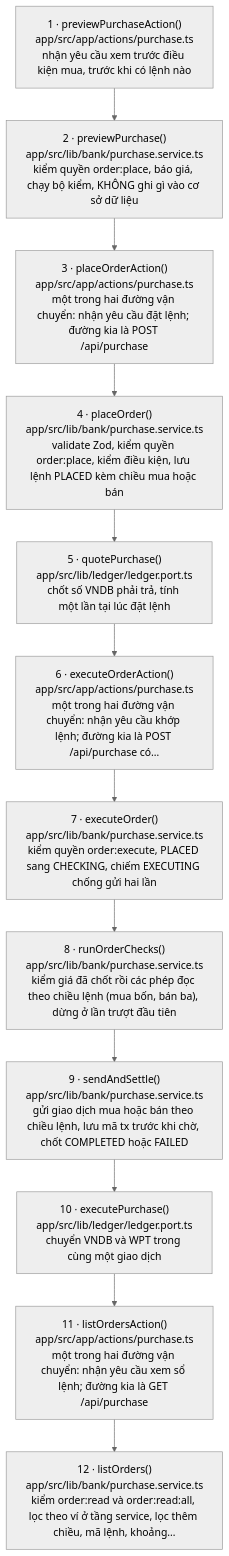
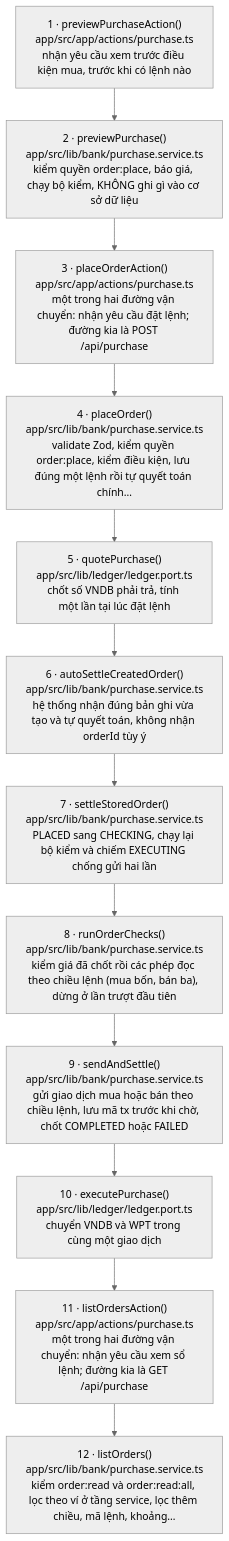
One commit to tuannino/bidv-rwa-tokenize changed the diagram in docs/flows/purchase.md. Above: the diagram before and after it, drawn with Mermaid (neutral theme). The commit also changed other lines of this file and 3 other files, not shown here.

Commit message:
docs(be-17): hướng dẫn theo luồng tự khớp, sinh lại sơ đồ purchase

````diff
--- a/docs/flows/purchase.md
+++ b/docs/flows/purchase.md
@@ -21,26 +21,26 @@
 ```mermaid
 flowchart TD
   s1["1 · previewPurchaseAction()<br/>app/src/app/actions/purchase.ts<br/>nhận yêu cầu xem trước điều kiện mua, trước khi có lệnh nào"]
   s2["2 · previewPurchase()<br/>app/src/lib/bank/purchase.service.ts<br/>kiểm quyền order:place, báo giá, chạy bộ kiểm, KHÔNG ghi gì vào cơ sở dữ liệu"]
   s3["3 · placeOrderAction()<br/>app/src/app/actions/purchase.ts<br/>một trong hai đường vận chuyển: nhận yêu cầu đặt lệnh; đường kia là POST /api/purchase"]
-  s4["4 · placeOrder()<br/>app/src/lib/bank/purchase.service.ts<br/>validate Zod, kiểm quyền order:place, kiểm điều kiện, lưu lệnh PLACED kèm chiều mua hoặc bán"]
+  s4["4 · placeOrder()<br/>app/src/lib/bank/purchase.service.ts<br/>validate Zod, kiểm quyền order:place, kiểm điều kiện, lưu đúng một lệnh rồi tự quyết toán chính…"]
   s5["5 · quotePurchase()<br/>app/src/lib/ledger/ledger.port.ts<br/>chốt số VNDB phải trả, tính một lần tại lúc đặt lệnh"]
-  s6["6 · executeOrderAction()<br/>app/src/app/actions/purchase.ts<br/>một trong hai đường vận chuyển: nhận yêu cầu khớp lệnh; đường kia là POST /api/purchase có…"]
-  s7["7 · executeOrder()<br/>app/src/lib/bank/purchase.service.ts<br/>kiểm quyền order:execute, PLACED sang CHECKING, chiếm EXECUTING chống gửi hai lần"]
+  s6["6 · autoSettleCreatedOrder()<br/>app/src/lib/bank/purchase.service.ts<br/>hệ thống nhận đúng bản ghi vừa tạo và tự quyết toán, không nhận orderId tùy ý"]
+  s7["7 · settleStoredOrder()<br/>app/src/lib/bank/purchase.service.ts<br/>PLACED sang CHECKING, chạy lại bộ kiểm và chiếm EXECUTING chống gửi hai lần"]
   s8["8 · runOrderChecks()<br/>app/src/lib/bank/purchase.service.ts<br/>kiểm giá đã chốt rồi các phép đọc theo chiều lệnh (mua bốn, bán ba), dừng ở lần trượt đầu tiên"]
   s9["9 · sendAndSettle()<br/>app/src/lib/bank/purchase.service.ts<br/>gửi giao dịch mua hoặc bán theo chiều lệnh, lưu mã tx trước khi chờ, chốt COMPLETED hoặc FAILED"]
   s10["10 · executePurchase()<br/>app/src/lib/ledger/ledger.port.ts<br/>chuyển VNDB và WPT trong cùng một giao dịch"]
   s11["11 · listOrdersAction()<br/>app/src/app/actions/purchase.ts<br/>một trong hai đường vận chuyển: nhận yêu cầu xem sổ lệnh; đường kia là GET /api/purchase"]
   s12["12 · listOrders()<br/>app/src/lib/bank/purchase.service.ts<br/>kiểm order:read và order:read:all, lọc theo ví ở tầng service, lọc thêm chiều, mã lệnh, khoảng…"]
   s1 --> s2
   s2 --> s3
   s3 --> s4
   s4 --> s5
   s5 --> s6
   s6 --> s7
   s7 --> s8
   s8 --> s9
   s9 --> s10
   s10 --> s11
   s11 --> s12
 ```
````
